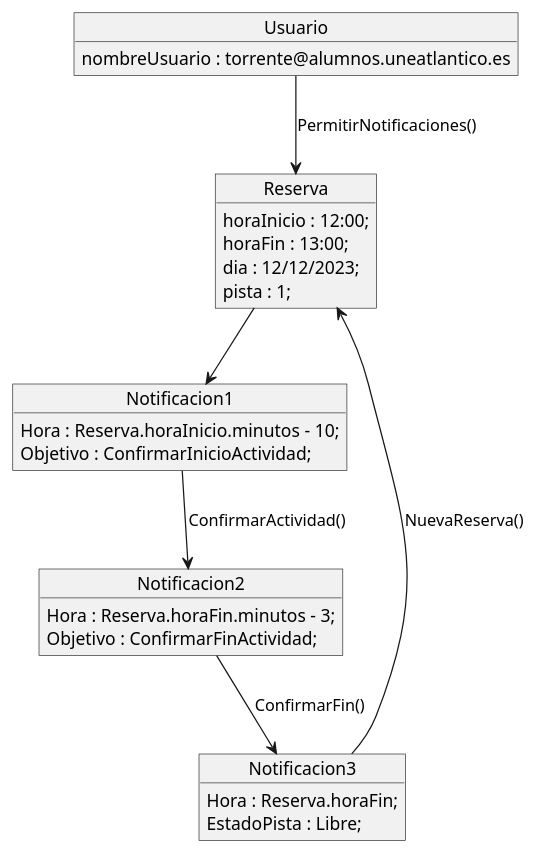
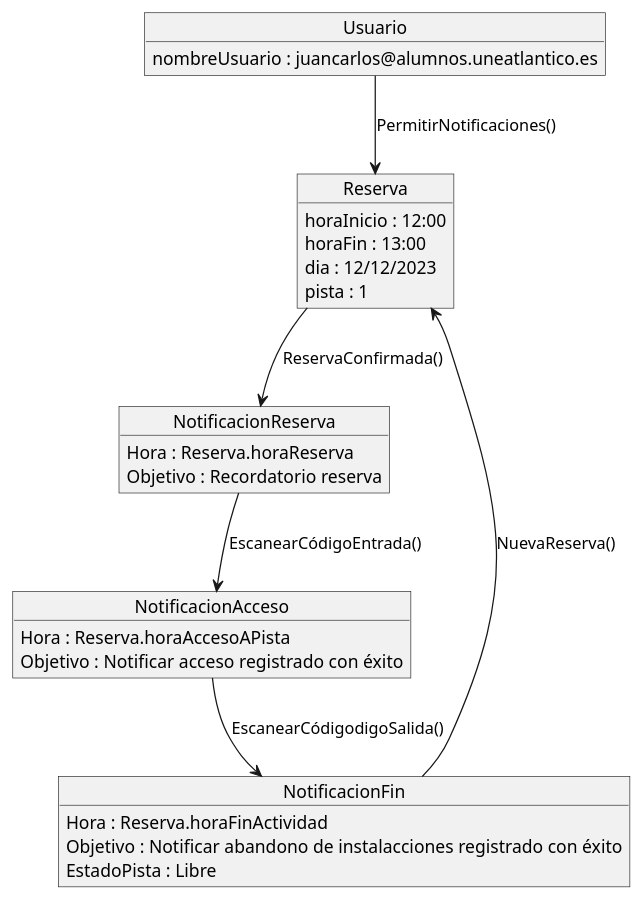
Before and after one commit to pablarce/23-24-IdSw1-SDR: the diagram in CasosDeUso/Procesos/CduNotificar/diagramaDeObjetos.puml, drawn with PlantUML. The commit also changed 1 other file, not shown here.

Commit message:
Modificación CduNotificar - Diagrama de objetos

```diff
--- a/CasosDeUso/Procesos/CduNotificar/diagramaDeObjetos.puml
+++ b/CasosDeUso/Procesos/CduNotificar/diagramaDeObjetos.puml
@@ -1,32 +1,34 @@
 @startuml Notificar
+
 object Usuario {
-  nombreUsuario : torrente@alumnos.uneatlantico.es
+  nombreUsuario : juancarlos@alumnos.uneatlantico.es
 }
 object Reserva {
-  horaInicio : 12:00;
-  horaFin : 13:00;
-  dia : 12/12/2023;
-  pista : 1;
+  horaInicio : 12:00
+  horaFin : 13:00
+  dia : 12/12/2023
+  pista : 1
 }
 
-object Notificacion1 {
-  Hora : Reserva.horaInicio.minutos - 10;
-  Objetivo : ConfirmarInicioActividad;
+object NotificacionReserva {
+  Hora : Reserva.horaReserva
+  Objetivo : Recordatorio reserva
 }
 
-object Notificacion2 {
-  Hora : Reserva.horaFin.minutos - 3;
-  Objetivo : ConfirmarFinActividad;
+object NotificacionAcceso {
+  Hora : Reserva.horaAccesoAPista
+  Objetivo : Notificar acceso registrado con éxito
 }
 
-object Notificacion3 {
-  Hora : Reserva.horaFin;
-  EstadoPista : Libre;
+object NotificacionFin {
+  Hora : Reserva.horaFinActividad
+  Objetivo : Notificar abandono de instalacciones registrado con éxito
+  EstadoPista : Libre
 }
 
 Usuario --> Reserva : PermitirNotificaciones()
-Reserva --> Notificacion1
-Notificacion1 --> Notificacion2 : ConfirmarActividad()
-Notificacion2 --> Notificacion3 : ConfirmarFin()
-Notificacion3 --> Reserva : NuevaReserva()
+Reserva --> NotificacionReserva : ReservaConfirmada()
+NotificacionReserva --> NotificacionAcceso : EscanearCódigoEntrada()
+NotificacionAcceso --> NotificacionFin : EscanearCódigodigoSalida()
+NotificacionFin --> Reserva : NuevaReserva()
 @enduml
```
